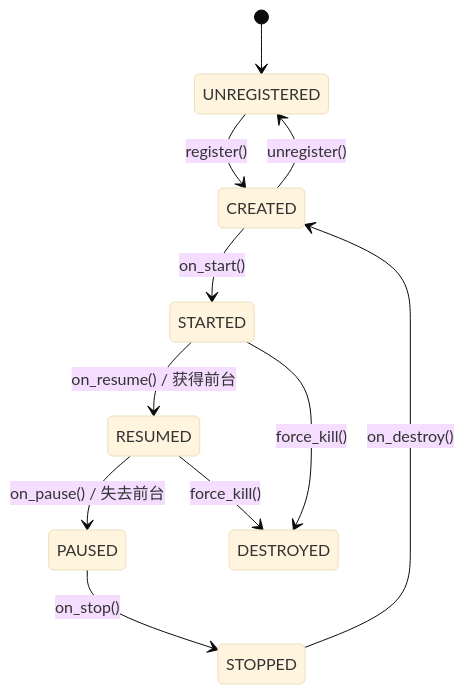
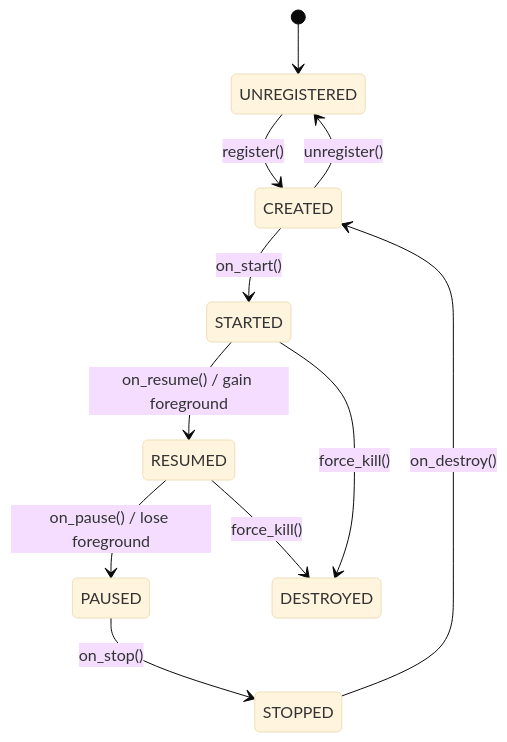
The third of 4 diagrams in docs/DESIGN.md (zhangxingliao/StarryFire), drawn with Mermaid (base theme) before and after one commit. The commit also changed other lines of this file and 1 other file, not shown here.

````diff
--- a/docs/DESIGN.md
+++ b/docs/DESIGN.md
@@ -278,14 +273,14 @@
 ```mermaid
 stateDiagram-v2
     [*] --> UNREGISTERED
     UNREGISTERED --> CREATED: register()
     CREATED --> STARTED: on_start()
-    STARTED --> RESUMED: on_resume() / 获得前台
-    RESUMED --> PAUSED: on_pause() / 失去前台
+    STARTED --> RESUMED: on_resume() / gain foreground
+    RESUMED --> PAUSED: on_pause() / lose foreground
     PAUSED --> STOPPED: on_stop()
     STOPPED --> CREATED: on_destroy()
     CREATED --> UNREGISTERED: unregister()
 
     RESUMED --> DESTROYED: force_kill()
     STARTED --> DESTROYED: force_kill()
 ```
````
